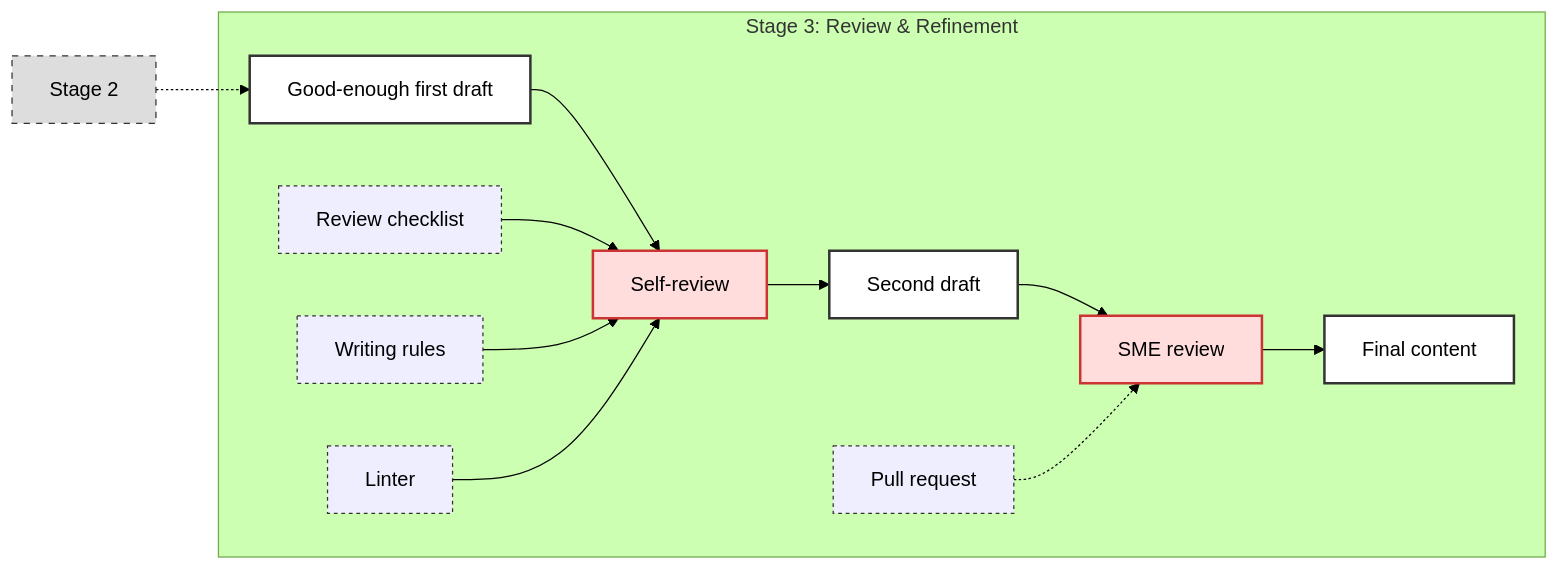
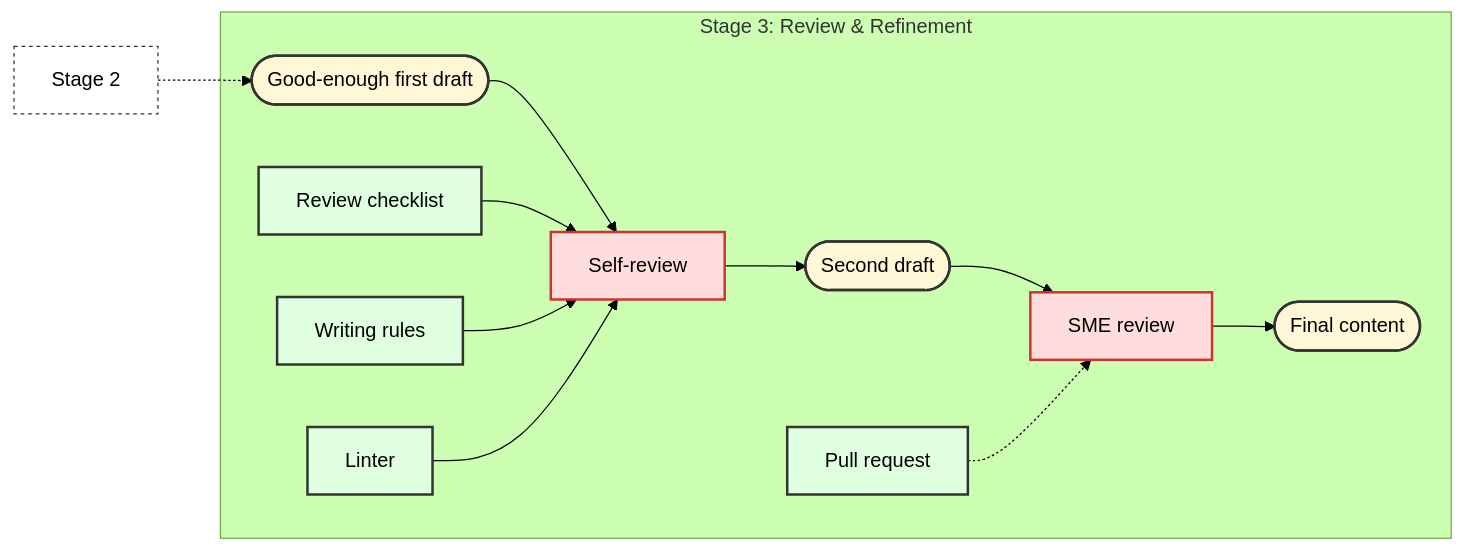
One commit to status-im/ift-docs changed the third of 4 diagrams in docs-standards/00-end-to-end-documentation-guide.md. Above: the diagram before and after it, drawn with Mermaid (forest theme). The commit also changed other lines of this file, not shown here.

Commit message:
(#44) content fixes and updates

````diff
--- a/docs-standards/00-end-to-end-documentation-guide.md
+++ b/docs-standards/00-end-to-end-documentation-guide.md
@@ -102,27 +115,25 @@
 ```mermaid
 flowchart LR
     subgraph Stage3["Stage 3: Review & Refinement"]
-        GD["Good-enough first draft"] --> SR["Self-review"] --> SD["Second draft"] --> SME["SME review"] --> FC["Final content"]
+        GD([Good-enough first draft]):::artifact --> SR["Self-review"]:::action --> SD([Second draft]):::artifact --> SME["SME review"]:::action --> FC([Final content]):::artifact
 
         %% Supporting tools feeding into Self-review
-        RC["Review checklist"] --> SR
-        WR["Writing rules"] --> SR
-        Lint["Linter"] --> SR
+        RC["Review checklist"]:::tool --> SR
+        WR["Writing rules"]:::tool --> SR
+        Lint["Linter"]:::tool --> SR
 
         %% Pull request connected to SME review
-        PR["Pull request"] -.-> SME
+        PR["Pull request"]:::tool -.-> SME
     end
 
     %% Dotted line from Stage 2
-    Stage2["Stage 2"] -.-> GD
+    Stage2["Stage 2"]:::stage -.-> GD
 
+    %% Styles
     classDef main fill:#fff,stroke:#333,stroke-width:2px
-    classDef support fill:#eef,stroke:#333,stroke-dasharray: 3 3
-    classDef review fill:#fdd,stroke:#c33,stroke-width:2px
-    classDef stage fill:#ddd,stroke:#333,stroke-dasharray: 5 5
-
-    class GD,SD,FC main
-    class RC,WR,Lint,PR support
-    class SR,SME review
-    class Stage2 stage
+    classDef artifact fill:#FFF7D6,stroke:#333,stroke-width:2px
+    classDef action fill:#fdd,stroke:#c33,stroke-width:2px
+    classDef tool fill:#e0ffe0,stroke:#333,stroke-width:2px
+    classDef support fill:#eef,stroke:#333,stroke-dasharray:3 3
+    classDef stage fill:#fff,stroke:#333,stroke-dasharray:3 3
 ```
````
